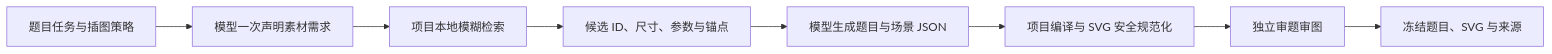
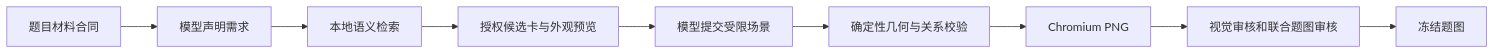
The diagram in docs/DIAGRAM_LIBRARY.md (invincible-summer/Next-Tutor-Agent), drawn with Mermaid before and after one commit. The commit also changed other lines of this file and 3487 other files, not shown here.

````diff
--- a/docs/DIAGRAM_LIBRARY.md
+++ b/docs/DIAGRAM_LIBRARY.md
@@ -9,10 +11,11 @@
 ```mermaid
 flowchart LR
-  A[题目任务与插图策略] --> B[模型一次声明素材需求]
-  B --> C[项目本地模糊检索]
-  C --> D[候选 ID、尺寸、参数与锚点]
-  D --> E[模型生成题目与场景 JSON]
-  E --> F[项目编译与 SVG 安全规范化]
-  F --> G[独立审题审图]
-  G --> H[冻结题目、SVG 与来源]
+  A[题目材料合同] --> B[模型声明需求]
+  B --> C[本地语义检索]
+  C --> D[授权候选卡与外观预览]
+  D --> E[模型提交受限场景]
+  E --> F[确定性几何与关系校验]
+  F --> G[Chromium PNG]
+  G --> H[视觉审核和联合题图审核]
+  H --> I[冻结题图]
 ```
````
